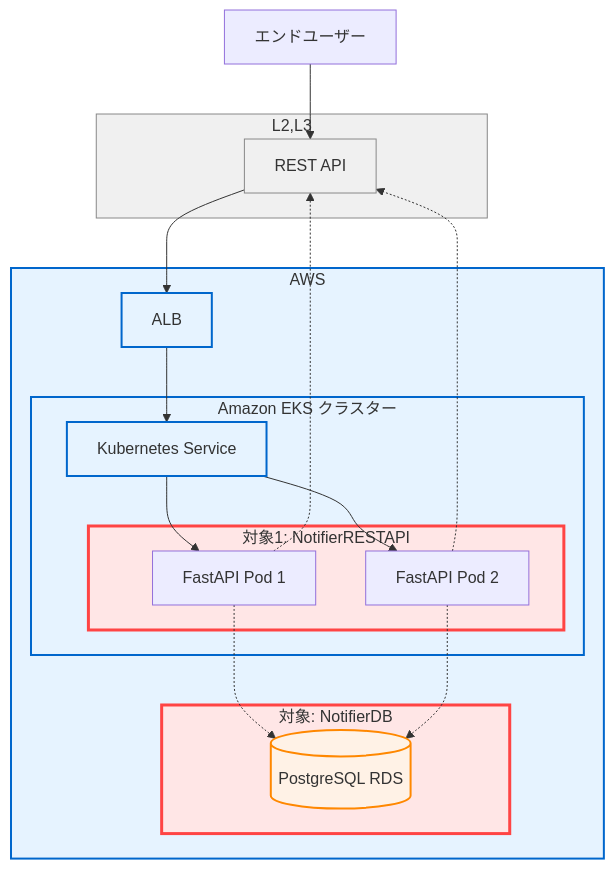
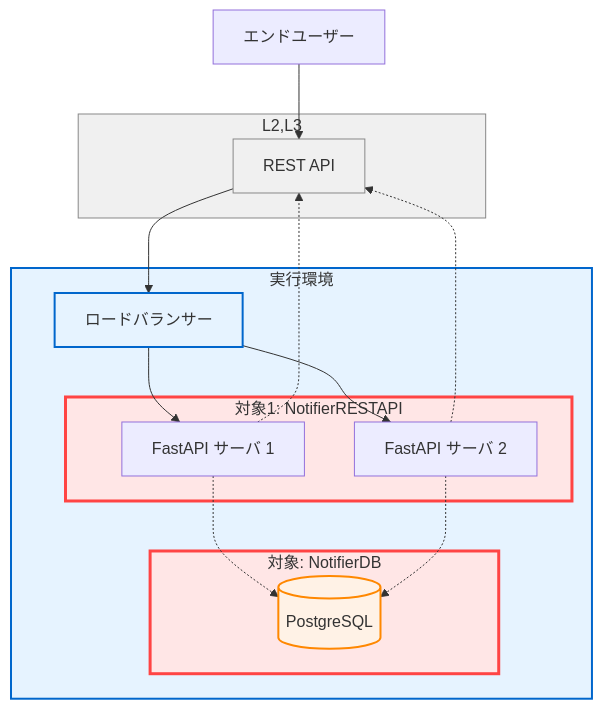
Before and after one commit to open-dataspaces/CF-Notifier: the first of 6 diagrams in docs/basic_design.md, drawn with Mermaid. The commit also changed other lines of this file and 4 other files, not shown here.

````diff
--- a/docs/basic_design.md
+++ b/docs/basic_design.md
@@ -34,43 +34,39 @@
 ```mermaid 
 graph TB
     Users[エンドユーザー] --> EXT_API
     
-    subgraph AWS["AWS"]
-        ALB --> EKS_SVC[Kubernetes Service]
+    subgraph INFRA["実行環境"]
+        LB[ロードバランサー] --> API1[FastAPI サーバ 1]
+        LB --> API2[FastAPI サーバ 2]
         
-        subgraph EKS["Amazon EKS クラスター"]
-            EKS_SVC --> API1[FastAPI Pod 1]
-            EKS_SVC --> API2[FastAPI Pod 2]
-            
-            subgraph DEV1["対象1: NotifierRESTAPI"]
-                API1
-                API2
-            end
+        subgraph DEV1["対象1: NotifierRESTAPI"]
+            API1
+            API2
         end
-      subgraph DEV2["対象: NotifierDB"]
-          RDS[(PostgreSQL RDS)]
-      end
+        subgraph DEV2["対象: NotifierDB"]
+            DB[(PostgreSQL)]
+        end
     end
 
-    API1 -.-> RDS
-    API2 -.-> RDS
+    API1 -.-> DB
+    API2 -.-> DB
     
     subgraph EXTERNAL["L2,L3"]
         EXT_API[REST API]
     end
     
     API1 -.-> EXT_API
     API2 -.-> EXT_API
-    EXT_API --> ALB
+    EXT_API --> LB
     
     classDef devTarget fill:#ffe6e6,stroke:#ff4444,stroke-width:3px
-    classDef awsService fill:#e6f3ff,stroke:#0066cc,stroke-width:2px
+    classDef infraService fill:#e6f3ff,stroke:#0066cc,stroke-width:2px
     classDef database fill:#fff2e6,stroke:#ff8800,stroke-width:2px
     classDef external fill:#f0f0f0,stroke:#888888,stroke-width:1px
     
     class DEV1,DEV2 devTarget
-    class AWS,EKS,ALB,EKS_SVC awsService
-    class RDS database
+    class INFRA,LB infraService
+    class DB database
     class EXTERNAL,EXT_API external
 
 ```
````
